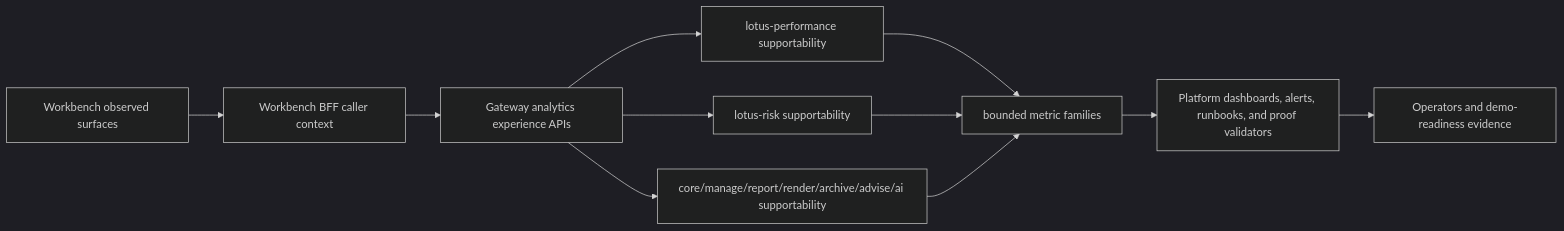
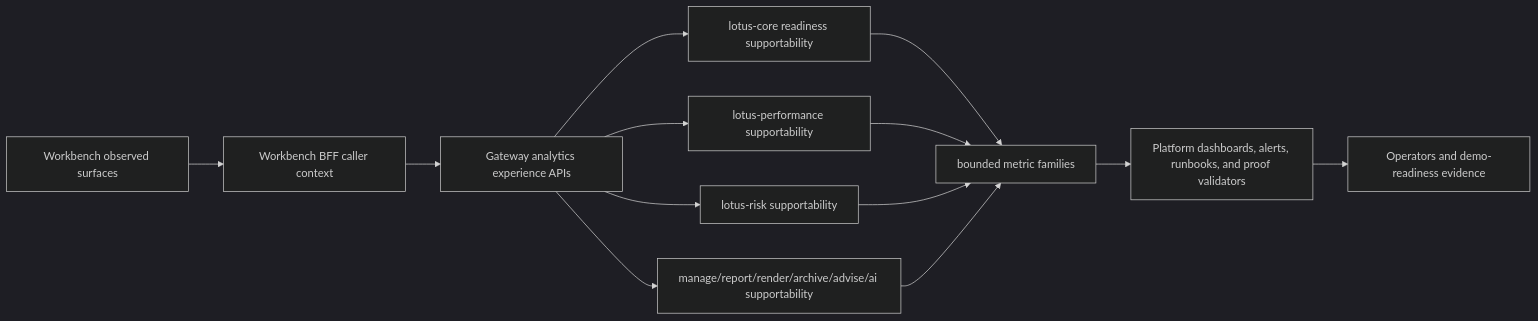
One commit to sgajbi/lotus-platform changed the first of 2 diagrams in wiki/Analytics-UI-Observability.md. Above: the diagram before and after it, drawn with Mermaid (dark theme). The commit also changed other lines of this file and 13 other files, not shown here.

````diff
--- a/wiki/Analytics-UI-Observability.md
+++ b/wiki/Analytics-UI-Observability.md
@@ -22,13 +23,15 @@
 ```mermaid
 flowchart LR
     Workbench[Workbench observed surfaces] --> BFF[Workbench BFF caller context]
     BFF --> Gateway[Gateway analytics experience APIs]
+    Gateway --> Core[lotus-core readiness supportability]
     Gateway --> Perf[lotus-performance supportability]
     Gateway --> Risk[lotus-risk supportability]
-    Gateway --> Other[core/manage/report/render/archive/advise/ai supportability]
+    Gateway --> Other[manage/report/render/archive/advise/ai supportability]
+    Core --> Metrics
     Perf --> Metrics[bounded metric families]
     Risk --> Metrics
     Other --> Metrics
     Metrics --> Platform[Platform dashboards, alerts, runbooks, and proof validators]
     Platform --> Operators[Operators and demo-readiness evidence]
 ```
````
